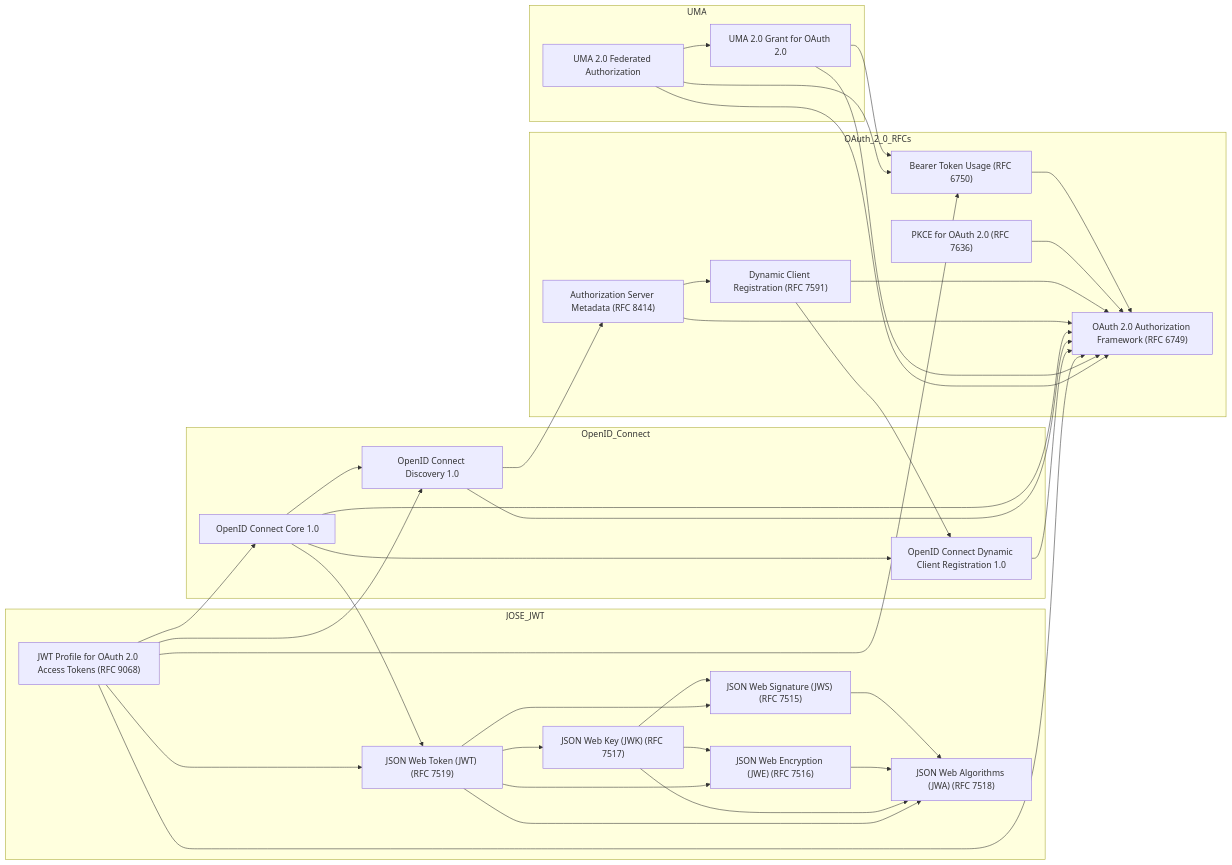
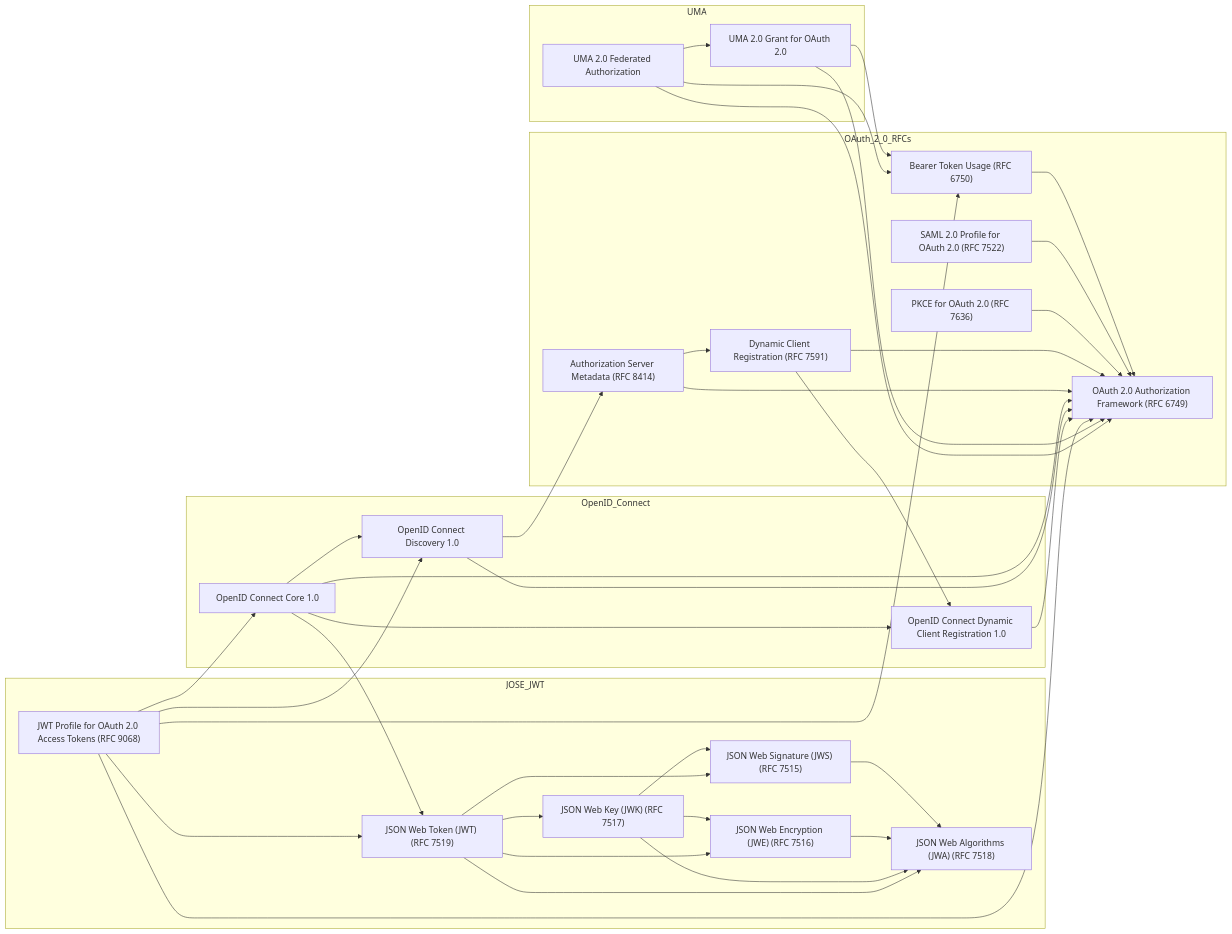
Before and after one commit to ryanspletzer/oidc-oauth-spec-graph: the diagram in Graph.md, drawn with Mermaid. The commit also changed 1 other file, not shown here.

Commit message:
Adds RFC 7522 SAML 2.0 Profile for OAuth 2.0
Includes SAML 2.0 assertion support in the OAuth 2.0 specification graph to provide comprehensive coverage of client authentication and authorization grant mechanisms.

Adds the RFC with proper graph connections and clickable documentation link for easy reference.

```diff
--- a/Graph.md
+++ b/Graph.md
@@ -6,6 +6,7 @@
   subgraph OAuth_2_0_RFCs
     RFC6749["OAuth 2.0 Authorization Framework (RFC 6749)"]
     RFC6750["Bearer Token Usage (RFC 6750)"]
+    RFC7522["SAML 2.0 Profile for OAuth 2.0 (RFC 7522)"]
     RFC7636["PKCE for OAuth 2.0 (RFC 7636)"]
     RFC7591["Dynamic Client Registration (RFC 7591)"]
     RFC8414["Authorization Server Metadata (RFC 8414)"]
@@ -36,6 +37,7 @@
 
   %% ---- Edges: OAuth 2.0 internal references ----
   RFC6750 --> RFC6749
+  RFC7522 --> RFC6749
   RFC7636 --> RFC6749
   RFC7591 --> RFC6749
   RFC8414 --> RFC6749
@@ -86,6 +88,7 @@
   %% ---- Clickable links for each node ----
   click RFC6749 "https://datatracker.ietf.org/doc/html/rfc6749" "OAuth 2.0 Authorization Framework (RFC 6749)"
   click RFC6750 "https://datatracker.ietf.org/doc/html/rfc6750" "Bearer Token Usage (RFC 6750)"
+  click RFC7522 "https://datatracker.ietf.org/doc/html/rfc7522" "SAML 2.0 Profile for OAuth 2.0 (RFC 7522)"
   click RFC7636 "https://datatracker.ietf.org/doc/html/rfc7636" "PKCE (RFC 7636)"
   click RFC7591 "https://datatracker.ietf.org/doc/html/rfc7591" "Dynamic Client Registration (RFC 7591)"
   click RFC8414 "https://datatracker.ietf.org/doc/html/rfc8414" "Authorization Server Metadata (RFC 8414)"
```
